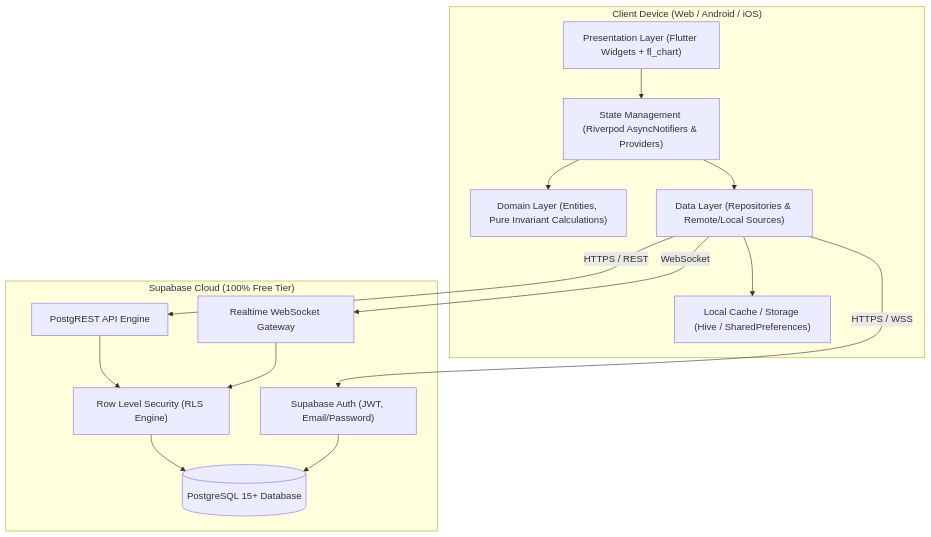
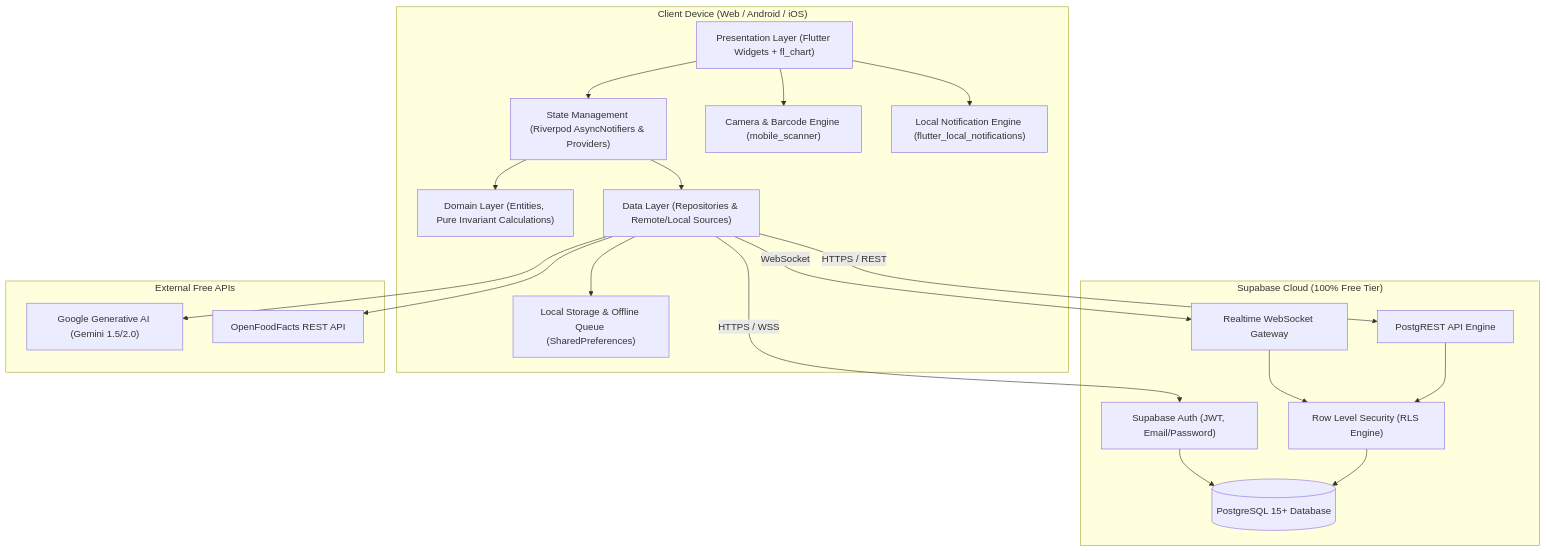
Before and after one commit to LiviuOloi/panda-fit: the first of 7 diagrams in ARCHITECTURE.md, drawn with Mermaid. The commit also changed other lines of this file and 3 other files, not shown here.

Commit message:
docs: update all master documentation files with full mobile, workout, reports, notifications, and offline sync specs

````diff
--- a/ARCHITECTURE.md
+++ b/ARCHITECTURE.md
@@ -11,30 +11,41 @@
 ```mermaid
 graph TD
     subgraph Client ["Client Device (Web / Android / iOS)"]
         UI["Presentation Layer (Flutter Widgets + fl_chart)"]
         State["State Management (Riverpod AsyncNotifiers & Providers)"]
         Domain["Domain Layer (Entities, Pure Invariant Calculations)"]
         Data["Data Layer (Repositories & Remote/Local Sources)"]
-        LocalCache["Local Cache / Storage (Hive / SharedPreferences)"]
+        LocalCache["Local Storage & Offline Queue (SharedPreferences)"]
+        CameraEngine["Camera & Barcode Engine (mobile_scanner)"]
+        NotifEngine["Local Notification Engine (flutter_local_notifications)"]
     end
 
     subgraph Cloud ["Supabase Cloud (100% Free Tier)"]
         Auth["Supabase Auth (JWT, Email/Password)"]
         PostgREST["PostgREST API Engine"]
         Realtime["Realtime WebSocket Gateway"]
         Postgres[("PostgreSQL 15+ Database")]
         RLS["Row Level Security (RLS Engine)"]
     end
 
+    subgraph ThirdParty ["External Free APIs"]
+        Gemini["Google Generative AI (Gemini 1.5/2.0)"]
+        OpenFoodFacts["OpenFoodFacts REST API"]
+    end
+
     UI --> State
     State --> Domain
     State --> Data
     Data --> LocalCache
+    UI --> CameraEngine
+    UI --> NotifEngine
     Data -->|HTTPS / WSS| Auth
     Data -->|HTTPS / REST| PostgREST
     Data -->|WebSocket| Realtime
     PostgREST --> RLS
     Realtime --> RLS
     RLS --> Postgres
     Auth --> Postgres
+    Data --> Gemini
+    Data --> OpenFoodFacts
 ```
````
